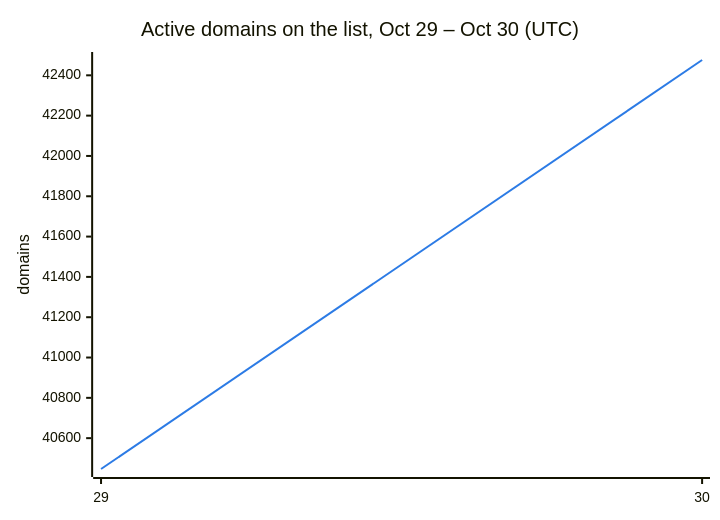
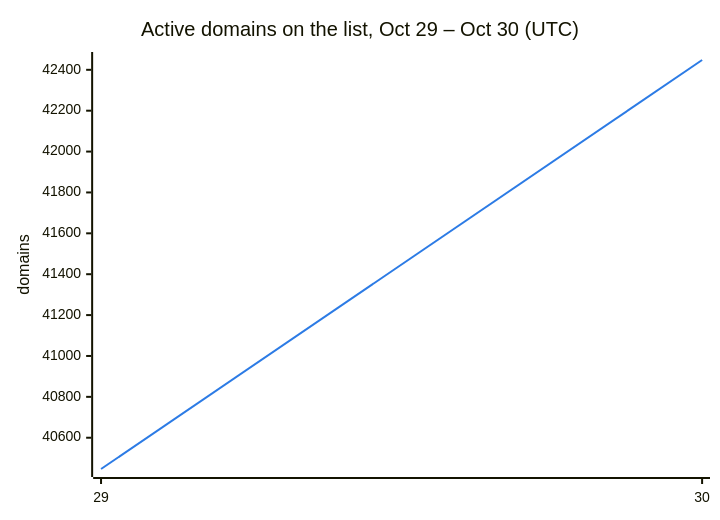
One commit to DNSBunker/CTI changed the second of 3 diagrams in README.md. Above: the diagram before and after it, drawn with Mermaid. The commit also changed other lines of this file and 3 other files, not shown here.

````diff
--- a/README.md
+++ b/README.md
@@ -38,8 +38,8 @@
 ```mermaid
 %%{init: {"themeVariables": {"xyChart": {"plotColorPalette": "#2c7be5"}}}}%%
 xychart-beta
     title "Active domains on the list, Oct 29 – Oct 30 (UTC)"
     x-axis ["29", "30"]
     y-axis "domains"
-    line [40447, 42476]
+    line [40447, 42448]
 ```
````
